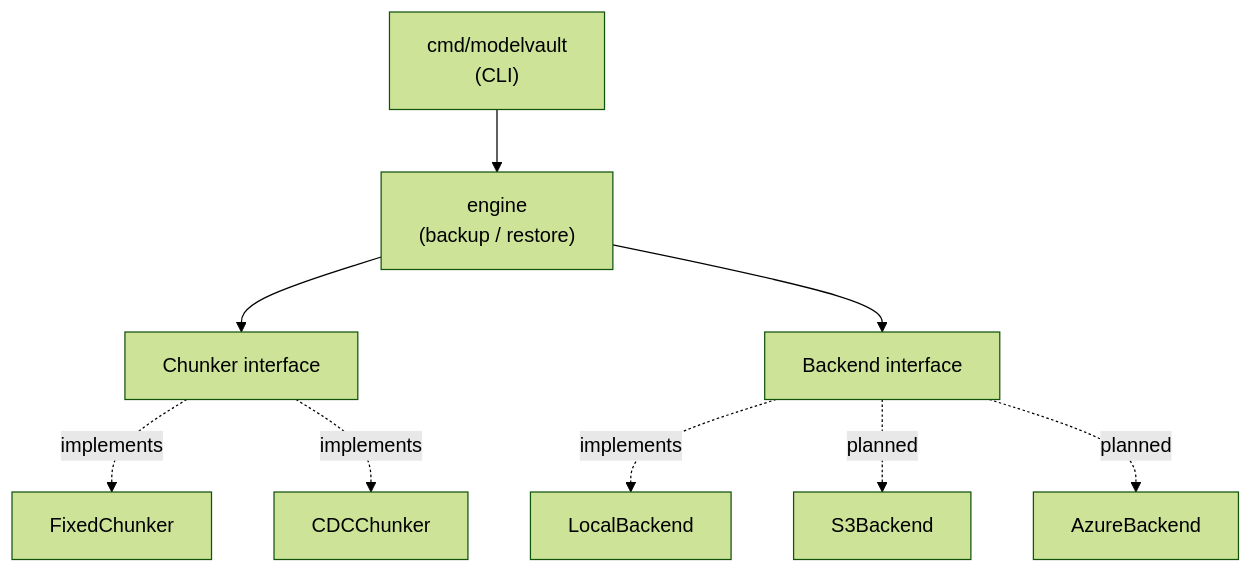
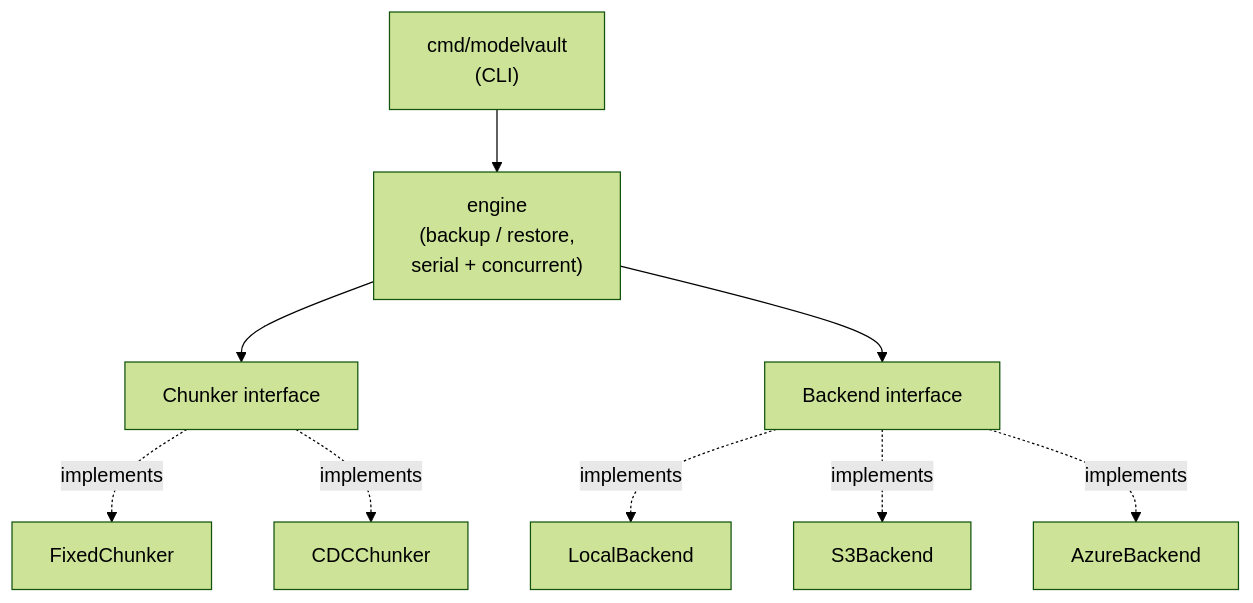
Before and after one commit to Arjun7114/modelvault: the second of 2 diagrams in README.md, drawn with Mermaid (forest theme). The commit also changed other lines of this file, not shown here.

Commit message:
Docs — Update README: S3 and Azure backends are implemented (cross-cloud)

````diff
--- a/README.md
+++ b/README.md
@@ -56,11 +59,11 @@
 ```mermaid
 flowchart TB
-    CLI["cmd/modelvault<br/>(CLI)"] --> ENG["engine<br/>(backup / restore)"]
+    CLI["cmd/modelvault<br/>(CLI)"] --> ENG["engine<br/>(backup / restore,<br/>serial + concurrent)"]
     ENG --> CHI["Chunker interface"]
     ENG --> BEI["Backend interface"]
     CHI -. implements .-> FX["FixedChunker"]
     CHI -. implements .-> CD["CDCChunker"]
     BEI -. implements .-> LB["LocalBackend"]
-    BEI -. planned .-> S3["S3Backend"]
-    BEI -. planned .-> AZ["AzureBackend"]
+    BEI -. implements .-> S3["S3Backend"]
+    BEI -. implements .-> AZ["AzureBackend"]
 ```
````
